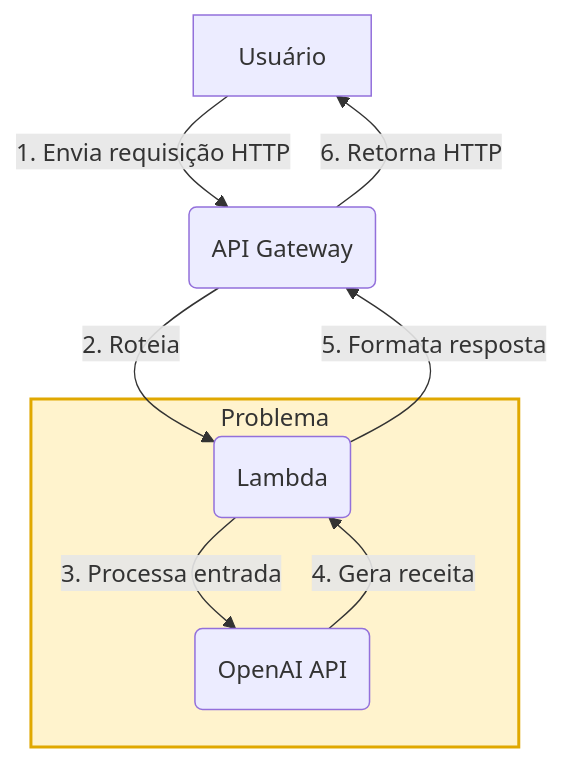
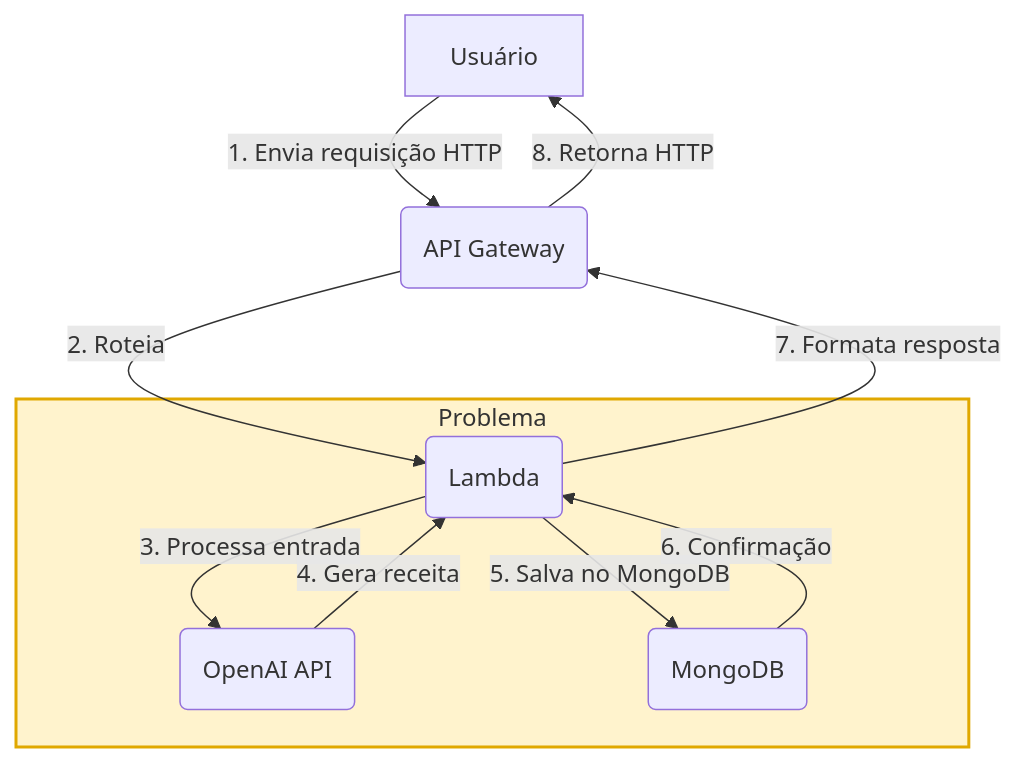
The diagram in README.md (nathalia-acordi/recipe-improviser), drawn with Mermaid before and after one commit. The commit also changed other lines of this file, not shown here.

````diff
--- a/README.md
+++ b/README.md
@@ -145,17 +201,20 @@
 ```mermaid
 flowchart TD
       A[Usuário] -->|1. Envia requisição HTTP| B(API Gateway)
       B -->|2. Roteia| C(Lambda)
       C -->|3. Processa entrada| D(OpenAI API)
       D -->|4. Gera receita| C
-      C -->|5. Formata resposta| B
-      B -->|6. Retorna HTTP| A
+      C -->|5. Salva no MongoDB| E(MongoDB)
+      E -->|6. Confirmação| C
+      C -->|7. Formata resposta| B
+      B -->|8. Retorna HTTP| A
     
       subgraph Problema
          C
          D
+         E
       end
       Problema:::warning
 
       classDef warning fill:#fff3cd,stroke:#e0a800,stroke-width:2px;
 ```
````
